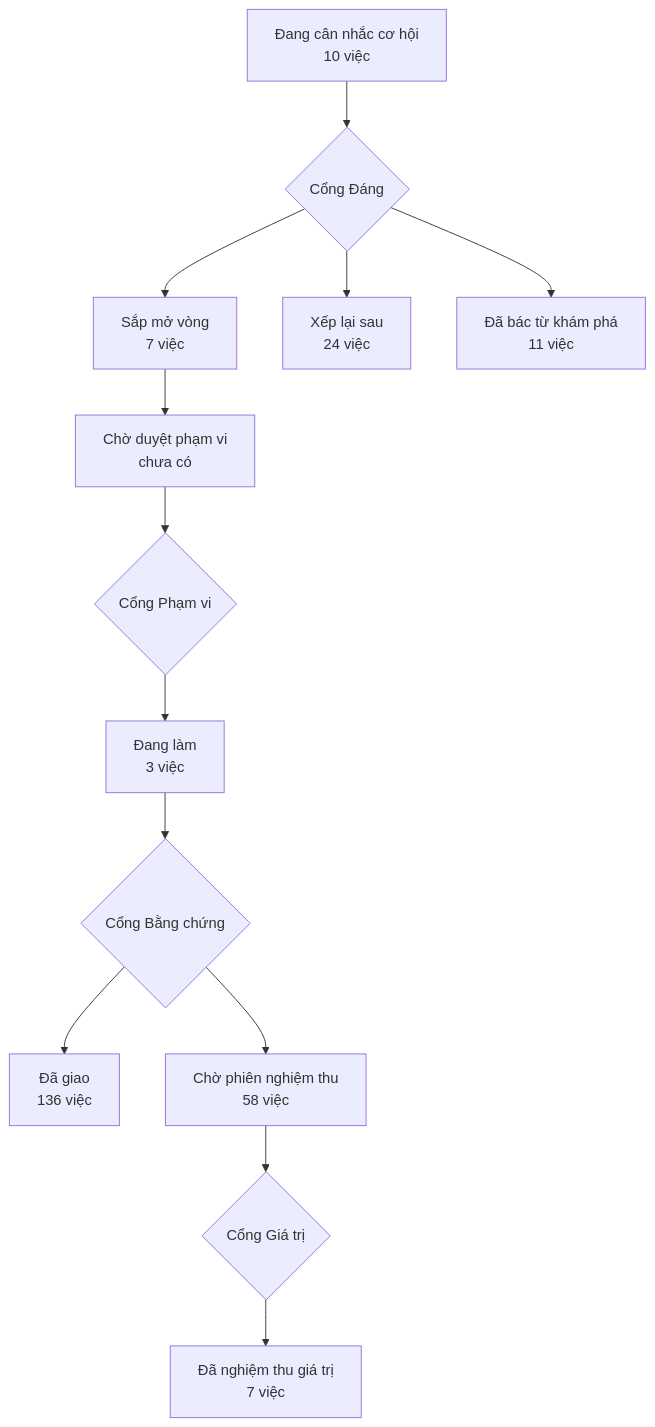
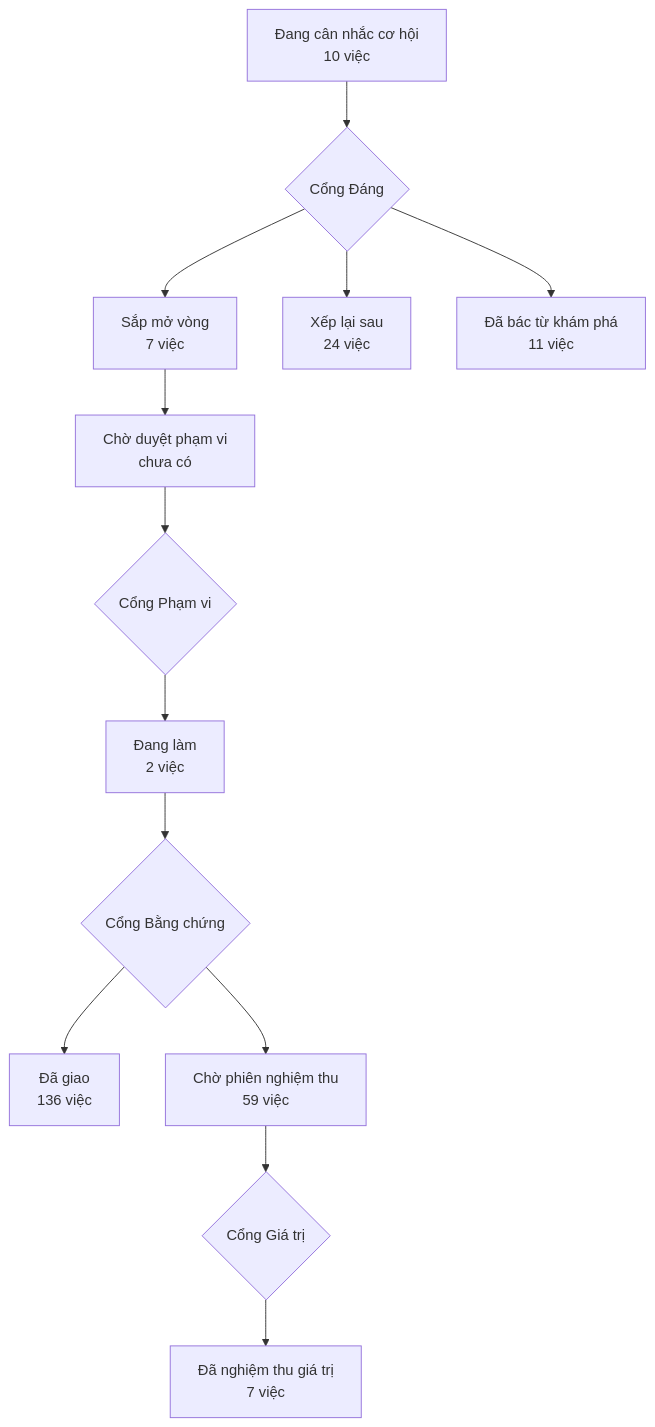
One commit to phanlemanh/acceptance-gate-kit changed the diagram in PRODUCT-MAP.md. Above: the diagram before and after it, drawn with Mermaid. The commit also changed 6 other files, not shown here.

````diff
--- a/PRODUCT-MAP.md
+++ b/PRODUCT-MAP.md
@@ -7,12 +7,12 @@
 ```mermaid
 flowchart TD
   A["Đang cân nhắc cơ hội<br/>10 việc"] --> GD{"Cổng Đáng"}
   GD --> B["Sắp mở vòng<br/>7 việc"]
   GD --> XL["Xếp lại sau<br/>24 việc"]
   GD --> DB["Đã bác từ khám phá<br/>11 việc"]
   B --> CD["Chờ duyệt phạm vi<br/>chưa có"] --> GP{"Cổng Phạm vi"}
-  GP --> DL["Đang làm<br/>3 việc"] --> GB{"Cổng Bằng chứng"}
+  GP --> DL["Đang làm<br/>2 việc"] --> GB{"Cổng Bằng chứng"}
   GB --> DG["Đã giao<br/>136 việc"]
-  GB --> CN["Chờ phiên nghiệm thu<br/>58 việc"] --> GG{"Cổng Giá trị"}
+  GB --> CN["Chờ phiên nghiệm thu<br/>59 việc"] --> GG{"Cổng Giá trị"}
   GG --> NT["Đã nghiệm thu giá trị<br/>7 việc"]
 ```
````
